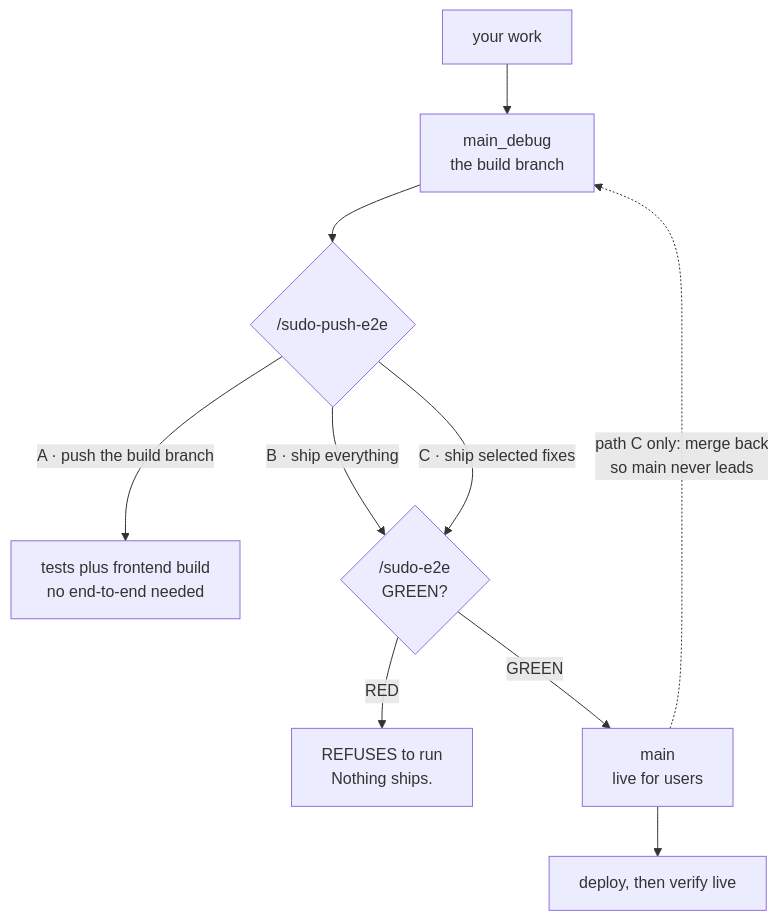
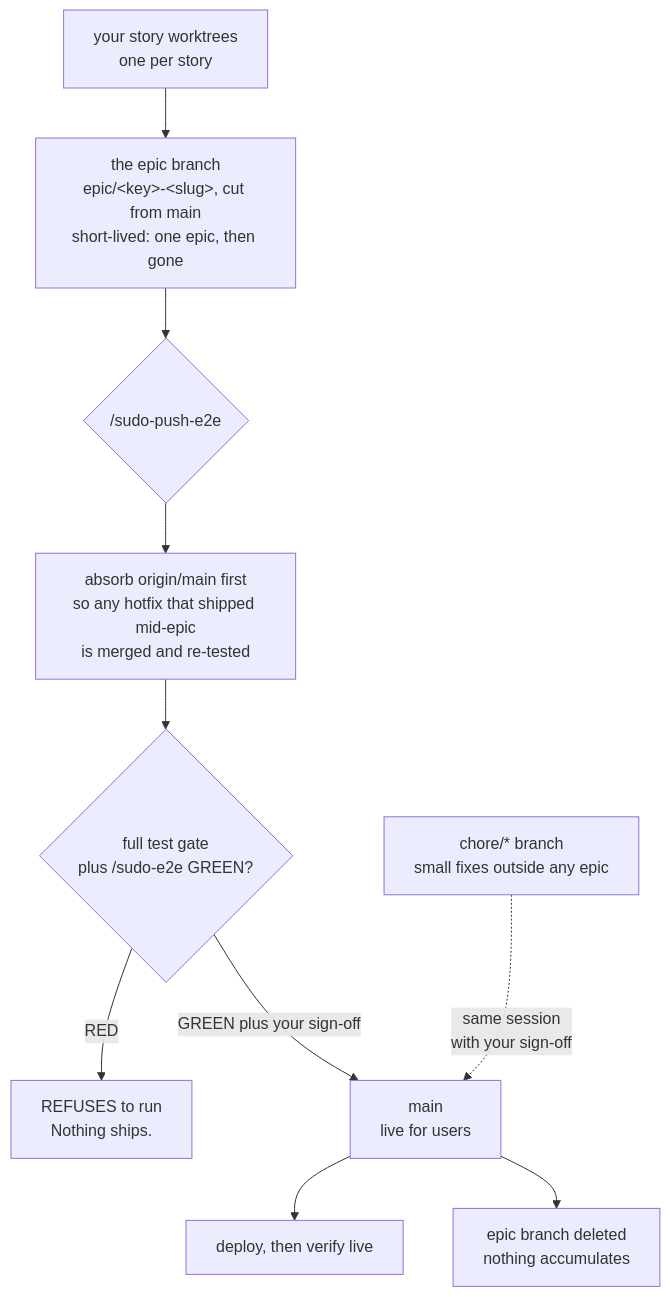
The fifth of 8 diagrams in _my_resources/_quick_reference/sudo_workflows_testing.md (sudomadhatter/Sudo_Hatter_Command), drawn with Mermaid before and after one commit. The commit also changed other lines of this file and 101 other files, not shown here.

First line of the commit message:
feat(git)!: retire main_debug — epic-branch → main is the dev standard

````diff
--- a/_my_resources/_quick_reference/sudo_workflows_testing.md
+++ b/_my_resources/_quick_reference/sudo_workflows_testing.md
@@ -296,12 +299,12 @@
 ```mermaid
 flowchart TD
-    DEV["your work"] --> MD["main_debug\nthe build branch"]
-    MD --> PATH{"/sudo-push-e2e"}
-    PATH -- "A · push the build branch" --> A["tests plus frontend build\nno end-to-end needed"]
-    PATH -- "B · ship everything" --> GATE{"/sudo-e2e\nGREEN?"}
-    PATH -- "C · ship selected fixes" --> GATE
+    DEV["your story worktrees\none per story"] --> EPIC["the epic branch\nepic/&lt;key&gt;-&lt;slug&gt;, cut from main\nshort-lived: one epic, then gone"]
+    EPIC --> SHIP{"/sudo-push-e2e"}
+    SHIP --> SYNC["absorb origin/main first\nso any hotfix that shipped mid-epic\nis merged and re-tested"]
+    SYNC --> GATE{"full test gate\nplus /sudo-e2e GREEN?"}
     GATE -- "RED" --> STOP["REFUSES to run\nNothing ships."]
-    GATE -- "GREEN" --> MAIN["main\nlive for users"]
+    GATE -- "GREEN plus your sign-off" --> MAIN["main\nlive for users"]
     MAIN --> DEPLOY["deploy, then verify live"]
-    MAIN -.->|"path C only: merge back\nso main never leads"| MD
+    MAIN --> DEL["epic branch deleted\nnothing accumulates"]
+    CHORE["chore/* branch\nsmall fixes outside any epic"] -.->|"same session\nwith your sign-off"| MAIN
 ```
````
